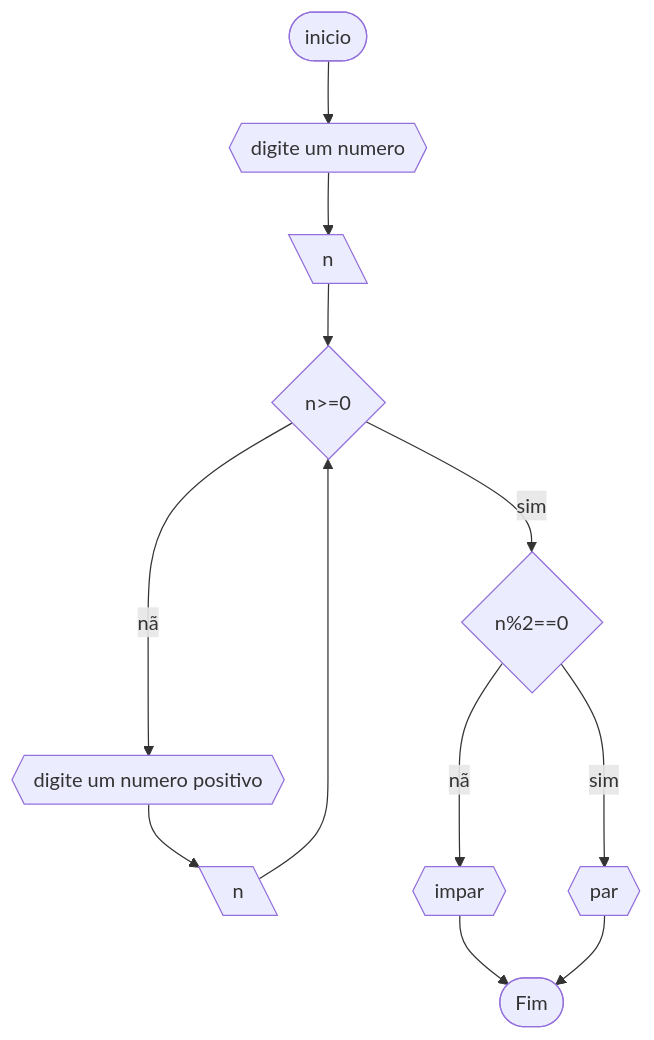
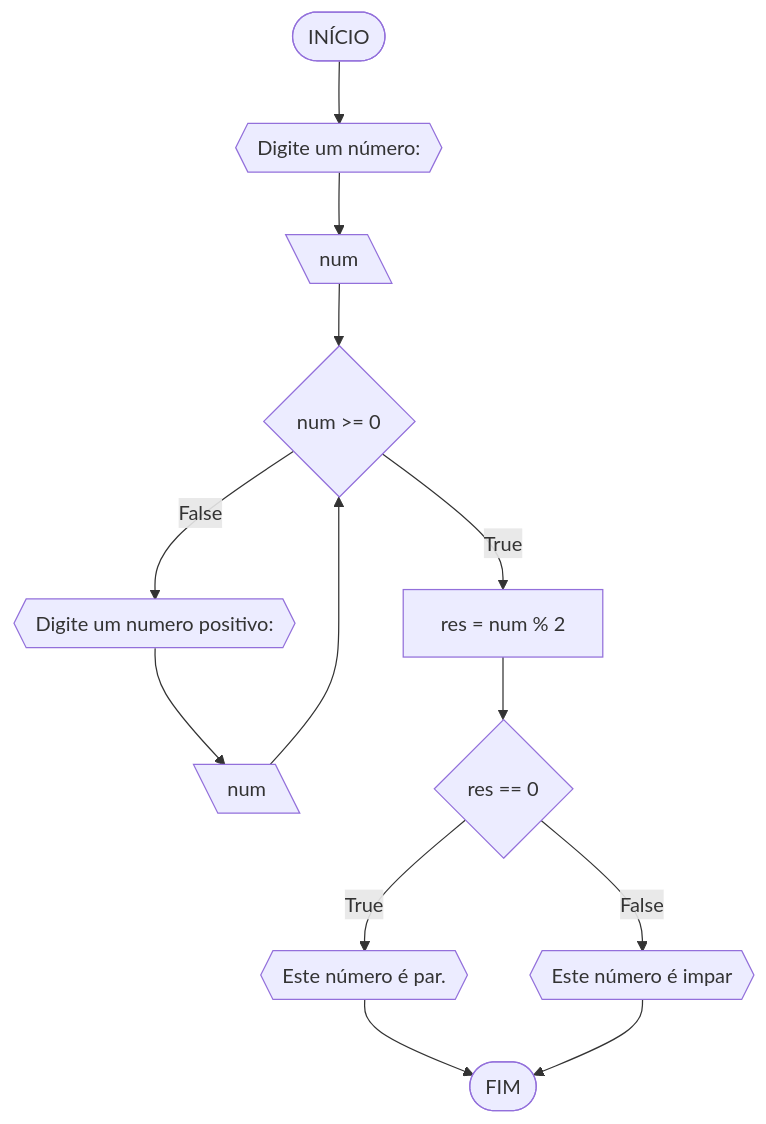
Before and after one commit to Danil0Ribeir0/UNIFOR: the first of 4 diagrams in RLA /AD1/lista_3.md, drawn with Mermaid.

````diff
--- a/RLA /AD1/lista_3.md
+++ b/RLA /AD1/lista_3.md
@@ -8,14 +8,15 @@
 ```mermaid
 flowchart TD
-A([inicio])-->B{{"digite um numero"}}
-B-->C[\n\]
-C-->D{n>=0}
-D--não-->E{{"digite um numero positivo"}}
-E-->J[\n\]
-J-->D
-D--sim-->F{n%2==0}
-F--não-->G{{"impar"}}
-F--sim-->H{{"par"}}
-G-->I([Fim])
-H-->I([Fim])
+A([INÍCIO]) --> B{{"Digite um número: "}}
+B --> C[\num\]
+C --> D{num >= 0}
+D --False--> E{{"Digite um numero positivo: "}}
+E --> J[\num\]
+J --> D
+D --True--> F[res = num % 2]
+F --> G{res == 0}
+G --True--> H{{"Este número é par."}}
+G --False--> I{{"Este número é impar"}}
+H --> Z([FIM])
+I --> Z
 ```
````
